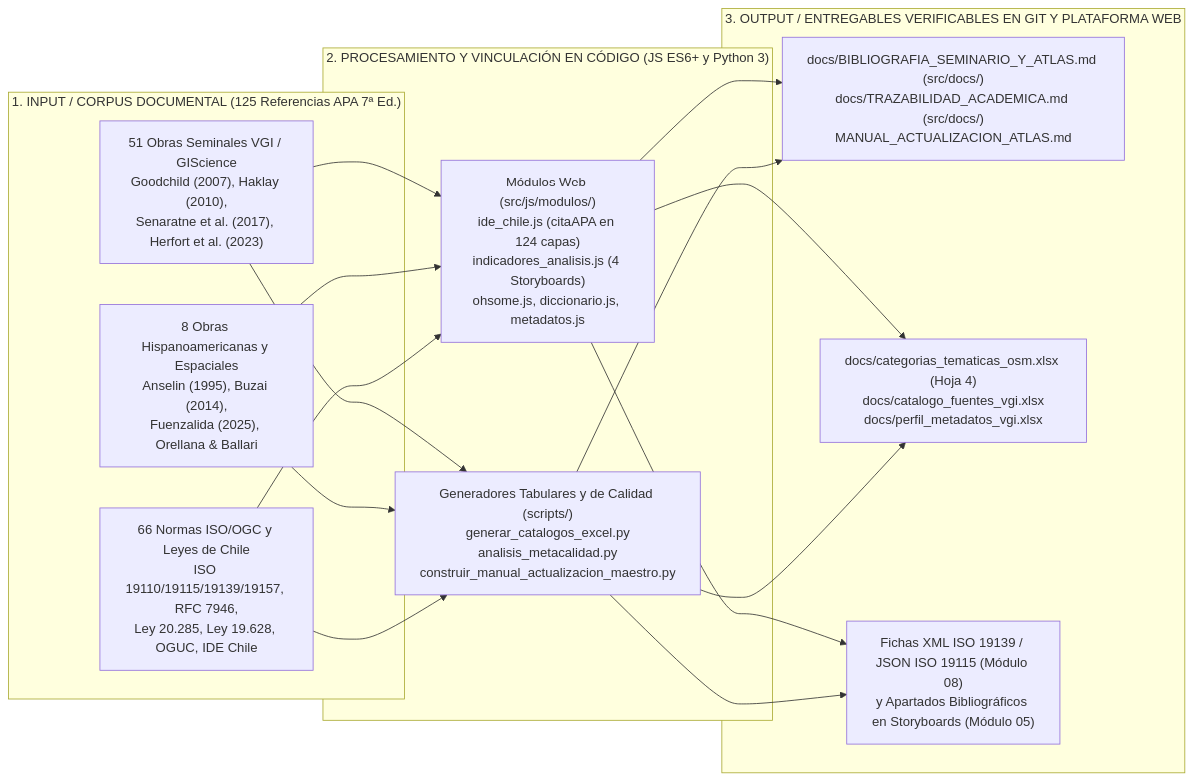
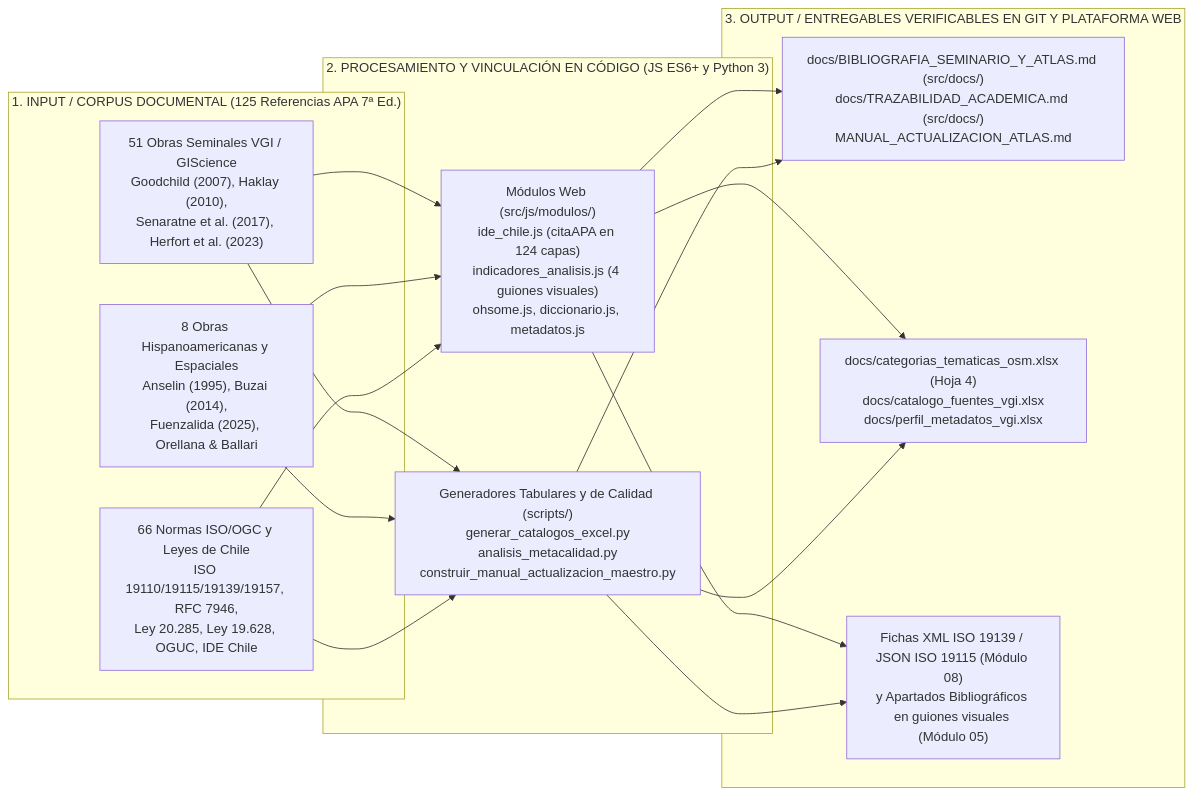
One commit to GEOJOTA/atlas-vgi-barrio-brasil changed the first of 2 diagrams in src/docs/BIBLIOGRAFIA_SEMINARIO_Y_ATLAS.md. Above: the diagram before and after it, drawn with Mermaid. The commit also changed other lines of this file and 28 other files, not shown here.

````diff
--- a/src/docs/BIBLIOGRAFIA_SEMINARIO_Y_ATLAS.md
+++ b/src/docs/BIBLIOGRAFIA_SEMINARIO_Y_ATLAS.md
@@ -29,22 +29,22 @@
 ```mermaid
 flowchart LR
     subgraph IN["1. INPUT / CORPUS DOCUMENTAL (125 Referencias APA 7ª Ed.)"]
         B1["51 Obras Seminales VGI / GIScience<br/>Goodchild (2007), Haklay (2010),<br/>Senaratne et al. (2017), Herfort et al. (2023)"]
         B2["8 Obras Hispanoamericanas y Espaciales<br/>Anselin (1995), Buzai (2014),<br/>Fuenzalida (2025), Orellana & Ballari"]
         B3["66 Normas ISO/OGC y Leyes de Chile<br/>ISO 19110/19115/19139/19157, RFC 7946,<br/>Ley 20.285, Ley 19.628, OGUC, IDE Chile"]
     end
 
     subgraph PROC["2. PROCESAMIENTO Y VINCULACIÓN EN CÓDIGO (JS ES6+ y Python 3)"]
-        M1["Módulos Web (src/js/modulos/)<br/>ide_chile.js (citaAPA en 124 capas)<br/>indicadores_analisis.js (4 Storyboards)<br/>ohsome.js, diccionario.js, metadatos.js"]
+        M1["Módulos Web (src/js/modulos/)<br/>ide_chile.js (citaAPA en 124 capas)<br/>indicadores_analisis.js (4 guiones visuales)<br/>ohsome.js, diccionario.js, metadatos.js"]
         M2["Generadores Tabulares y de Calidad (scripts/)<br/>generar_catalogos_excel.py<br/>analisis_metacalidad.py<br/>construir_manual_actualizacion_maestro.py"]
     end
 
     subgraph OUT["3. OUTPUT / ENTREGABLES VERIFICABLES EN GIT Y PLATAFORMA WEB"]
         E1["docs/BIBLIOGRAFIA_SEMINARIO_Y_ATLAS.md (src/docs/)<br/>docs/TRAZABILIDAD_ACADEMICA.md (src/docs/)<br/>MANUAL_ACTUALIZACION_ATLAS.md"]
         E2["docs/categorias_tematicas_osm.xlsx (Hoja 4)<br/>docs/catalogo_fuentes_vgi.xlsx<br/>docs/perfil_metadatos_vgi.xlsx"]
-        E3["Fichas XML ISO 19139 / JSON ISO 19115 (Módulo 08)<br/>y Apartados Bibliográficos en Storyboards (Módulo 05)"]
+        E3["Fichas XML ISO 19139 / JSON ISO 19115 (Módulo 08)<br/>y Apartados Bibliográficos en guiones visuales (Módulo 05)"]
     end
 
     B1 & B2 & B3 --> M1 & M2
     M1 & M2 --> E1 & E2 & E3
 ```
````
